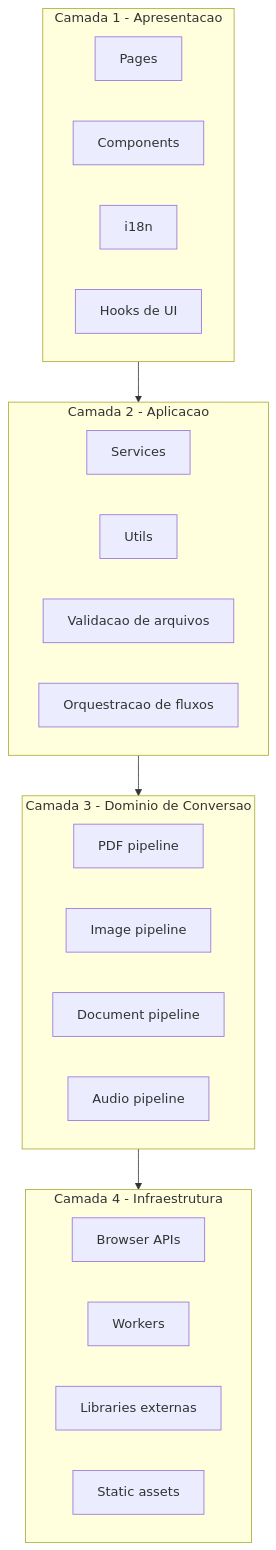
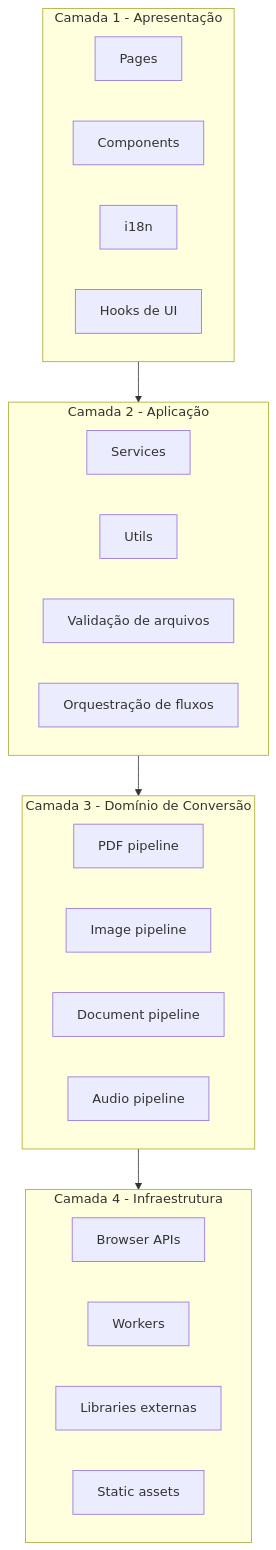
The diagram in README.md (HelioASjunior/pdf-xino-convert), drawn with Mermaid before and after one commit. The commit also changed other lines of this file, not shown here.

````diff
--- a/README.md
+++ b/README.md
@@ -136,34 +136,34 @@
 ```mermaid
 flowchart TB
-	subgraph L1[Camada 1 - Apresentacao]
+	subgraph L1[Camada 1 - Apresentação]
 		P1[Pages]
 		P2[Components]
 		P3[i18n]
 		P4[Hooks de UI]
 	end
 
-	subgraph L2[Camada 2 - Aplicacao]
+	subgraph L2[Camada 2 - Aplicação]
 		A1[Services]
 		A2[Utils]
-		A3[Validacao de arquivos]
-		A4[Orquestracao de fluxos]
+		A3[Validação de arquivos]
+		A4[Orquestração de fluxos]
 	end
 
-	subgraph L3[Camada 3 - Dominio de Conversao]
+	subgraph L3[Camada 3 - Domínio de Conversão]
 		D1[PDF pipeline]
 		D2[Image pipeline]
 		D3[Document pipeline]
 		D4[Audio pipeline]
 	end
 
 	subgraph L4[Camada 4 - Infraestrutura]
 		I1[Browser APIs]
 		I2[Workers]
 		I3[Libraries externas]
 		I4[Static assets]
 	end
 
 	L1 --> L2
 	L2 --> L3
 	L3 --> L4
 ```
````
